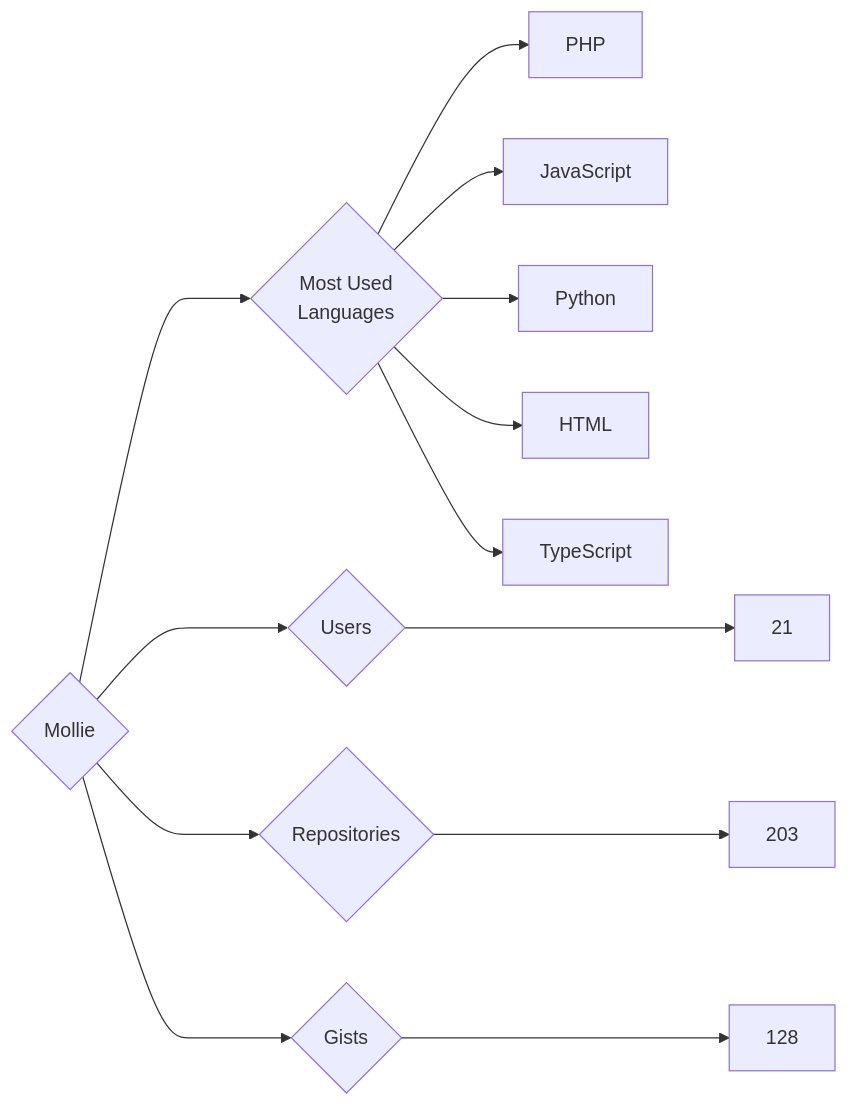
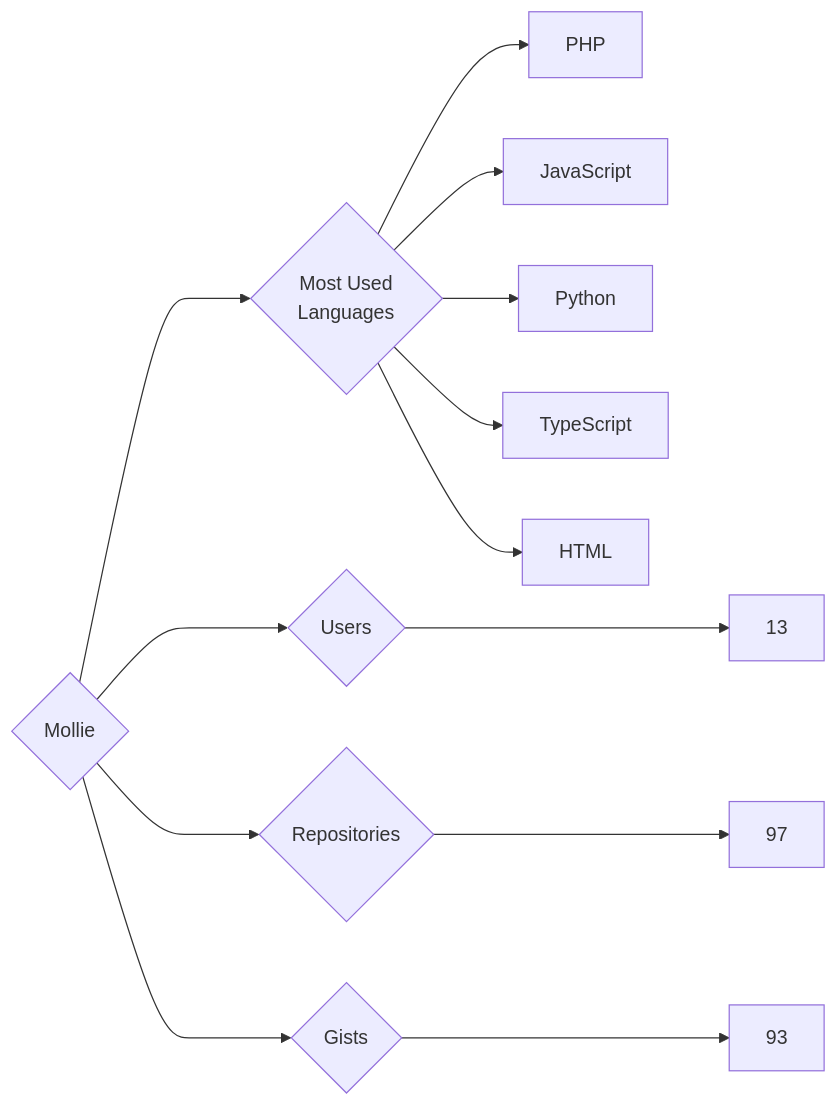
The diagram in targets/Mollie/README.md (trickest/insiders), drawn with Mermaid before and after one commit. The commit also changed 444 other files, not shown here.

````diff
--- a/targets/Mollie/README.md
+++ b/targets/Mollie/README.md
@@ -3,13 +3,13 @@
 ```mermaid
 graph LR
 COMPANY_NAME{Mollie}
-COMPANY_NAME ---> U{Users} ---> UN[21]
-COMPANY_NAME ---> R{Repositories} ---> RN[203]
-COMPANY_NAME ---> G{Gists} ---> GN[128]
+COMPANY_NAME ---> U{Users} ---> UN[13]
+COMPANY_NAME ---> R{Repositories} ---> RN[97]
+COMPANY_NAME ---> G{Gists} ---> GN[93]
 COMPANY_NAME ---> ML{Most Used<br>Languages}
 ML --> PHP[PHP]
 ML --> JavaScript[JavaScript]
 ML --> Python[Python]
+ML --> TypeScript[TypeScript]
 ML --> HTML[HTML]
-ML --> TypeScript[TypeScript]
 ```
````
